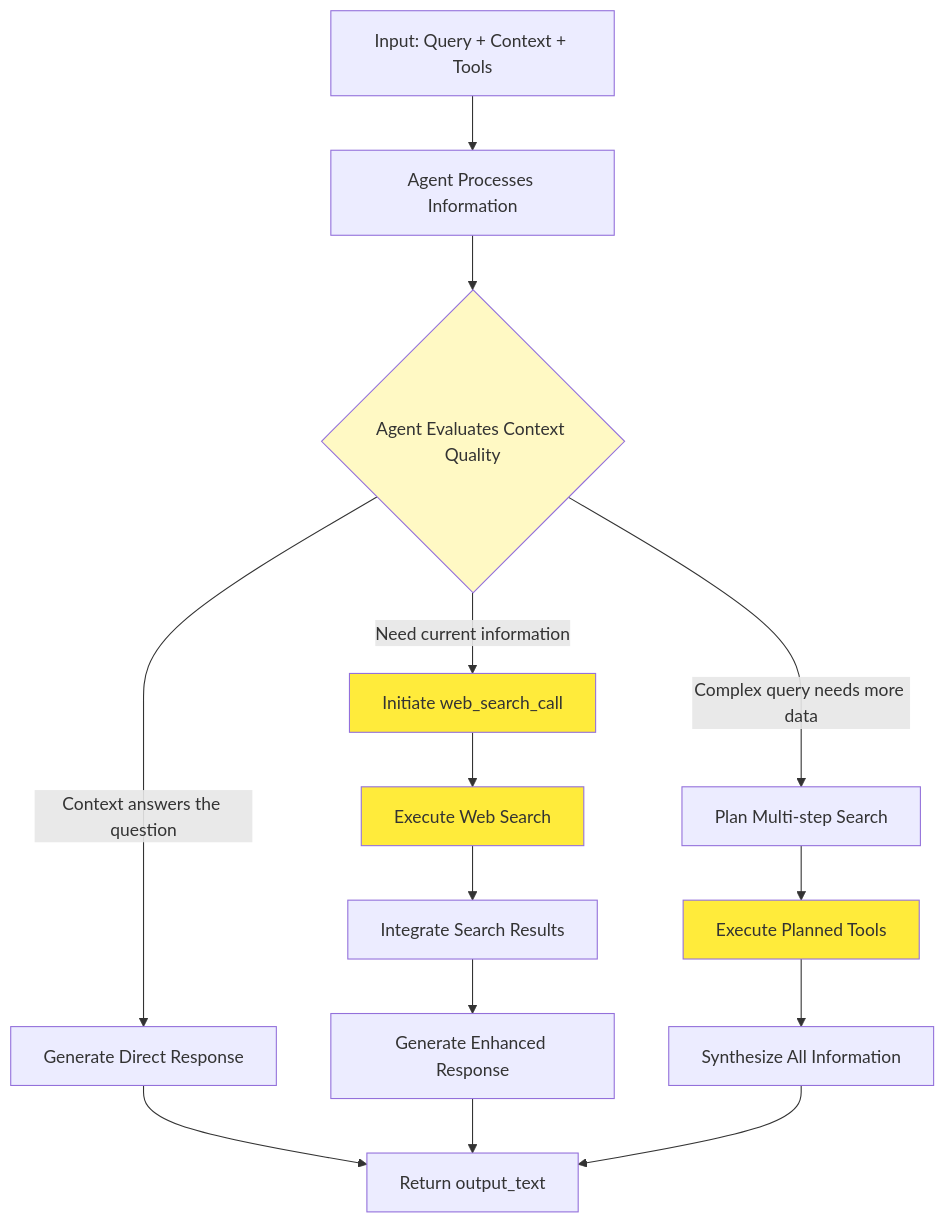
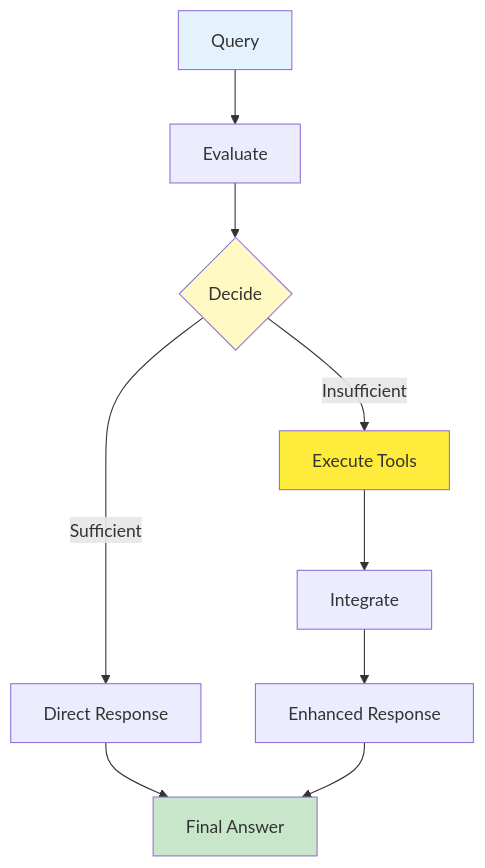
The seventh of 8 diagrams in docs/agentic-vs-traditional-rag.md (rlynjb/adventurecue), drawn with Mermaid before and after one commit. The commit also changed other lines of this file, not shown here.

````diff
--- a/docs/agentic-vs-traditional-rag.md
+++ b/docs/agentic-vs-traditional-rag.md
@@ -244,25 +370,15 @@
 ```mermaid
 graph TD
-    A[Input: Query + Context + Tools] --> B[Agent Processes Information]
-    B --> C{Agent Evaluates Context Quality}
+    A[Query] --> B[Evaluate] --> C{Decide}
+    C -->|Sufficient| D[Direct Response]
+    C -->|Insufficient| E[Execute Tools]
+    E --> F[Integrate]
+    F --> G[Enhanced Response]
+    D --> H[Final Answer]
+    G --> H
 
-    C -->|"Context answers the question"| D[Generate Direct Response]
-    C -->|"Need current information"| E[Initiate web_search_call]
-    C -->|"Complex query needs more data"| F[Plan Multi-step Search]
-
-    D --> G[Return output_text]
-
-    E --> H[Execute Web Search]
-    H --> I[Integrate Search Results]
-    I --> J[Generate Enhanced Response]
-    J --> G
-
-    F --> K[Execute Planned Tools]
-    K --> L[Synthesize All Information]
-    L --> G
-
+    style A fill:#e3f2fd
     style C fill:#fff9c4
     style E fill:#ffeb3b
-    style H fill:#ffeb3b
-    style K fill:#ffeb3b
+    style H fill:#c8e6c9
 ```
````
